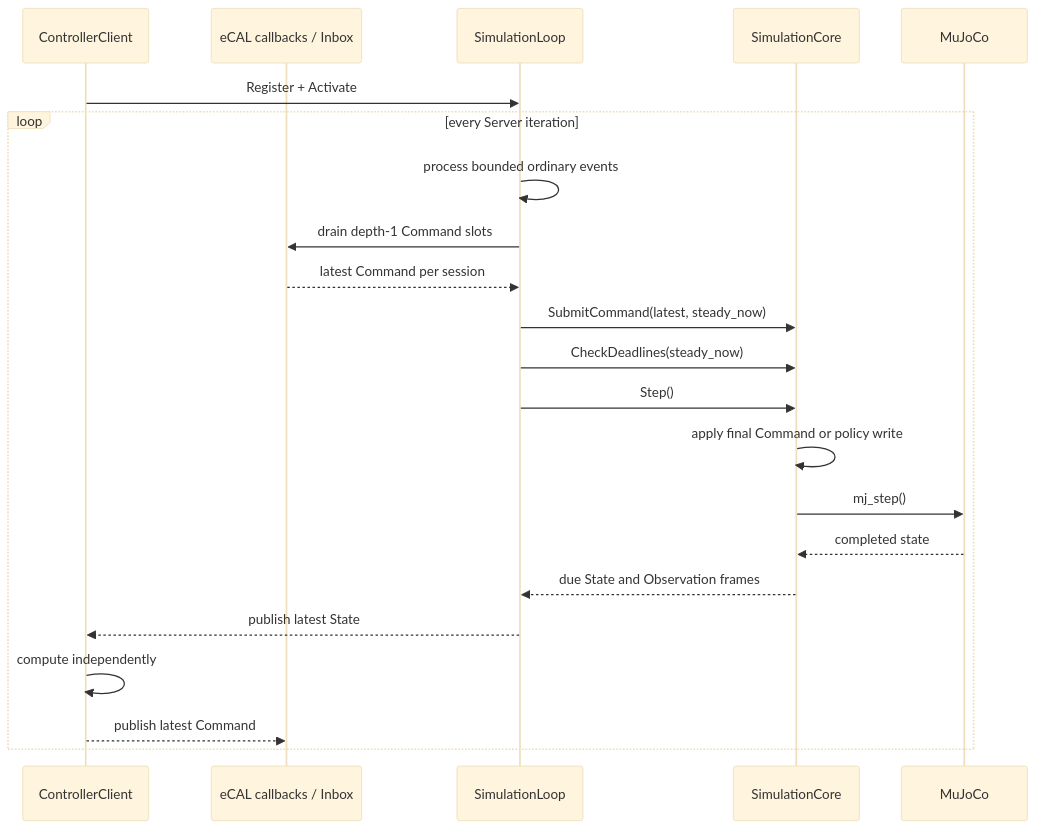
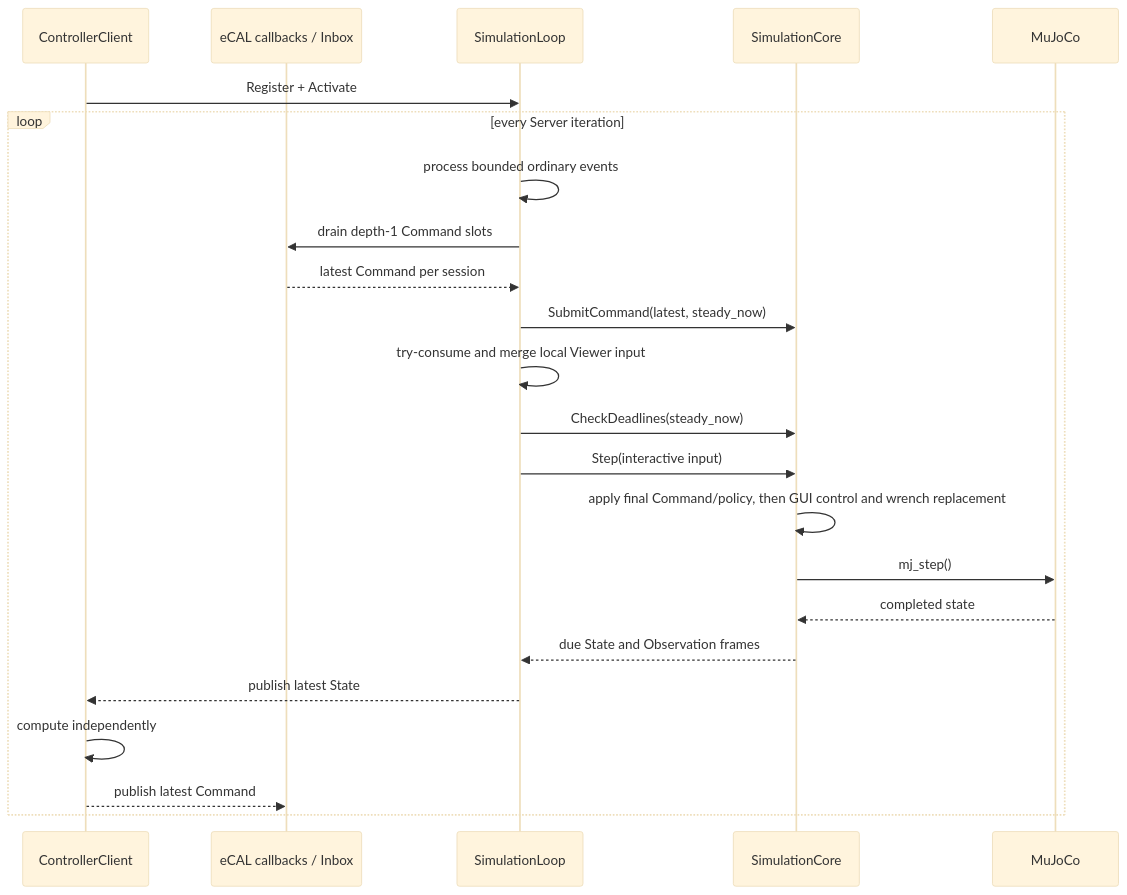
The diagram in doc/architecture/async_controller_sequence.md (Demonmasterlqx/mujoco_sim_core), drawn with Mermaid (base theme) before and after one commit. The commit also changed other lines of this file and 29 other files, not shown here.

First line of the commit message:
feat(gui): forward viewer interaction inputs

````diff
--- a/doc/architecture/async_controller_sequence.md
+++ b/doc/architecture/async_controller_sequence.md
@@ -3,25 +3,26 @@
 ```mermaid
 sequenceDiagram
   participant A as ControllerClient
   participant T as eCAL callbacks / Inbox
   participant L as SimulationLoop
   participant C as SimulationCore
   participant M as MuJoCo
 
   A->>L: Register + Activate
   loop every Server iteration
     L->>L: process bounded ordinary events
     L->>T: drain depth-1 Command slots
     T-->>L: latest Command per session
     L->>C: SubmitCommand(latest, steady_now)
+    L->>L: try-consume and merge local Viewer input
     L->>C: CheckDeadlines(steady_now)
-    L->>C: Step()
-    C->>C: apply final Command or policy write
+    L->>C: Step(interactive input)
+    C->>C: apply final Command/policy, then GUI control and wrench replacement
     C->>M: mj_step()
     M-->>C: completed state
     C-->>L: due State and Observation frames
     L-->>A: publish latest State
     A->>A: compute independently
     A-->>T: publish latest Command
   end
 ```
````
